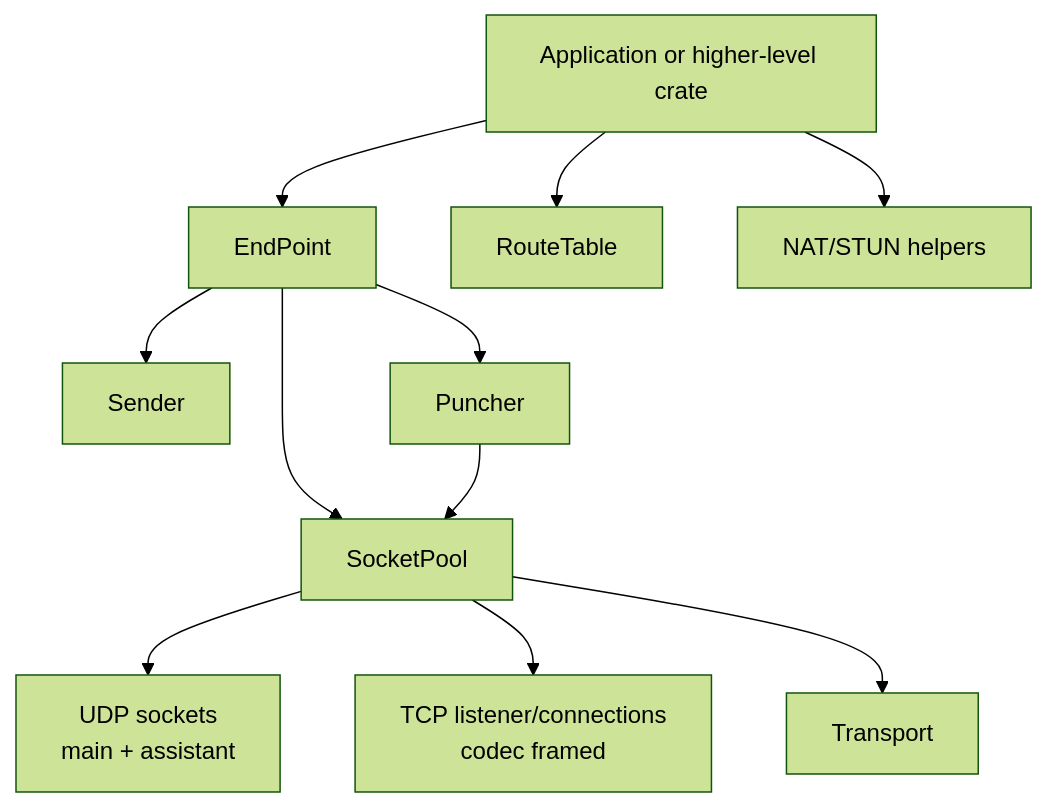
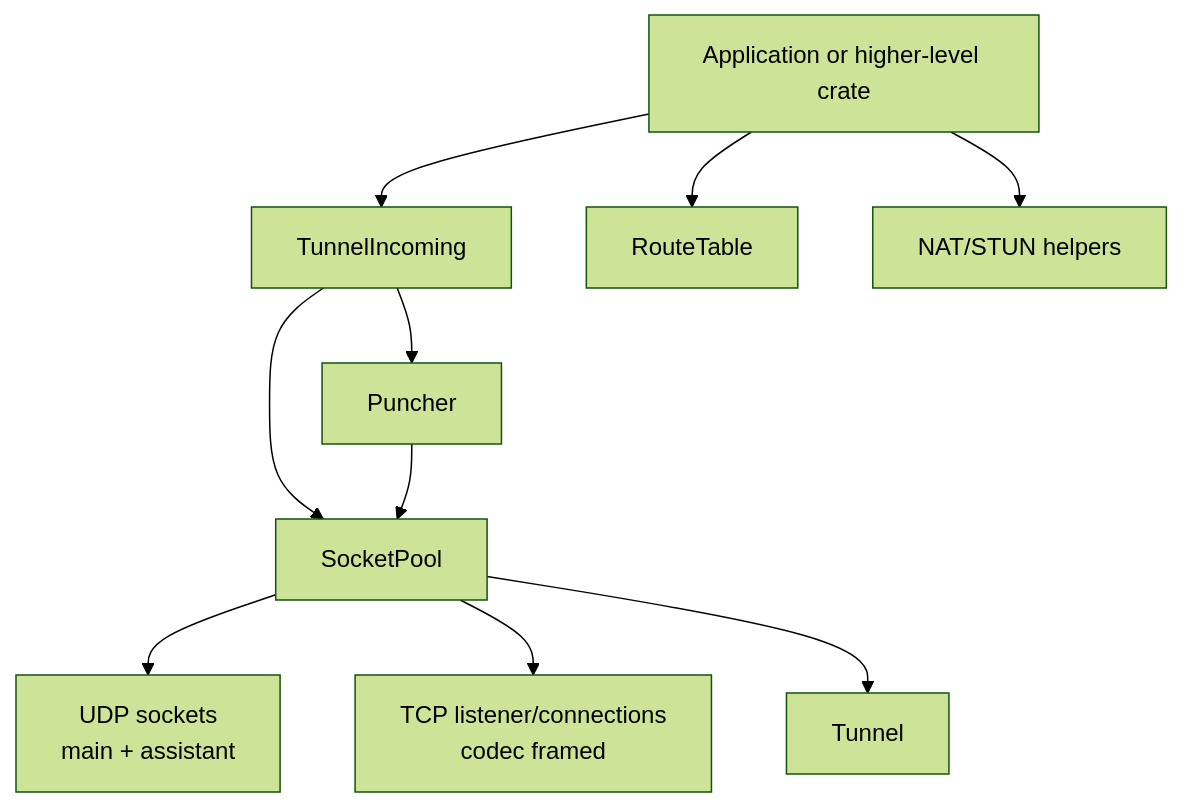
Before and after one commit to mc373906408/rustp2p_online: the diagram in rustp2p-core/DESIGN.md, drawn with Mermaid (forest theme). The commit also changed other lines of this file and 19 other files, not shown here.

Commit message:
refactor(core)!: replace endpoint flow with tunnels

````diff
--- a/rustp2p-core/DESIGN.md
+++ b/rustp2p-core/DESIGN.md
@@ -13,24 +13,22 @@
 ```mermaid
 flowchart TD
     app["Application or higher-level crate"]
-    endpoint["EndPoint"]
-    sender["Sender"]
-    transport["Transport"]
+    endpoint["TunnelIncoming"]
+    transport["Tunnel"]
     puncher["Puncher"]
     pool["SocketPool"]
     udp["UDP sockets<br/>main + assistant"]
     tcp["TCP listener/connections<br/>codec framed"]
     routes["RouteTable<T>"]
     nat["NAT/STUN helpers"]
 
     app --> endpoint
-    endpoint --> sender
     endpoint --> puncher
     endpoint --> pool
     pool --> udp
     pool --> tcp
     pool --> transport
     app --> routes
     app --> nat
     puncher --> pool
 ```
````
